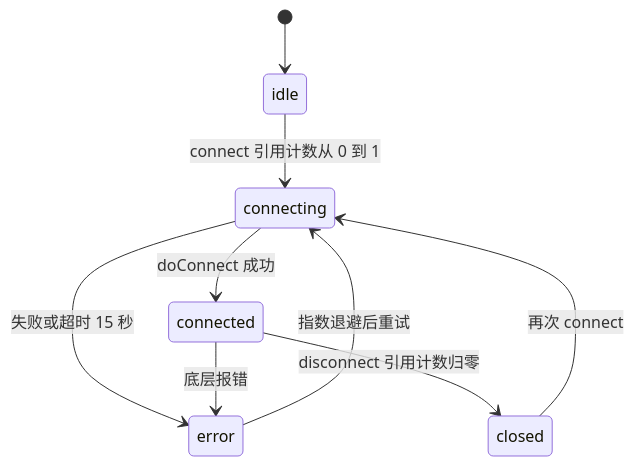
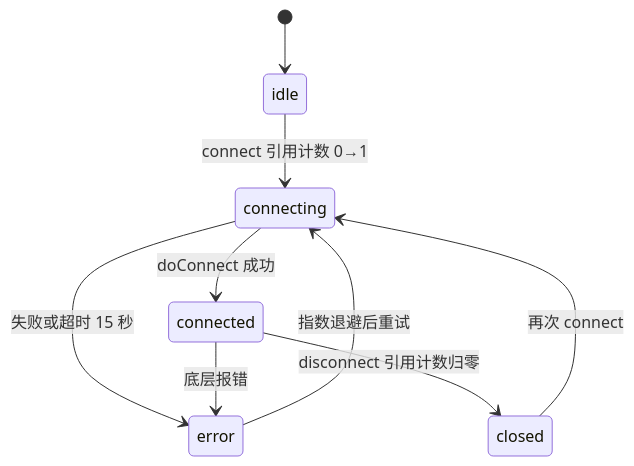
One commit to lfire/AFFiNE changed the second of 7 diagrams in learning-guide/slides/decks/19.md. Above: the diagram before and after it, drawn with Mermaid. The commit also changed other lines of this file and 46 other files, not shown here.

````diff
--- a/learning-guide/slides/decks/19.md
+++ b/learning-guide/slides/decks/19.md
@@ -143,11 +153,11 @@
 ```mermaid
 stateDiagram-v2
   [*] --> idle
-  idle --> connecting: connect 引用计数从 0 到 1
+  idle --> connecting: connect 引用计数 0→1
   connecting --> connected: doConnect 成功
   connecting --> error: 失败或超时 15 秒
   connected --> error: 底层报错
   error --> connecting: 指数退避后重试
   connected --> closed: disconnect 引用计数归零
   closed --> connecting: 再次 connect
 ```
````
